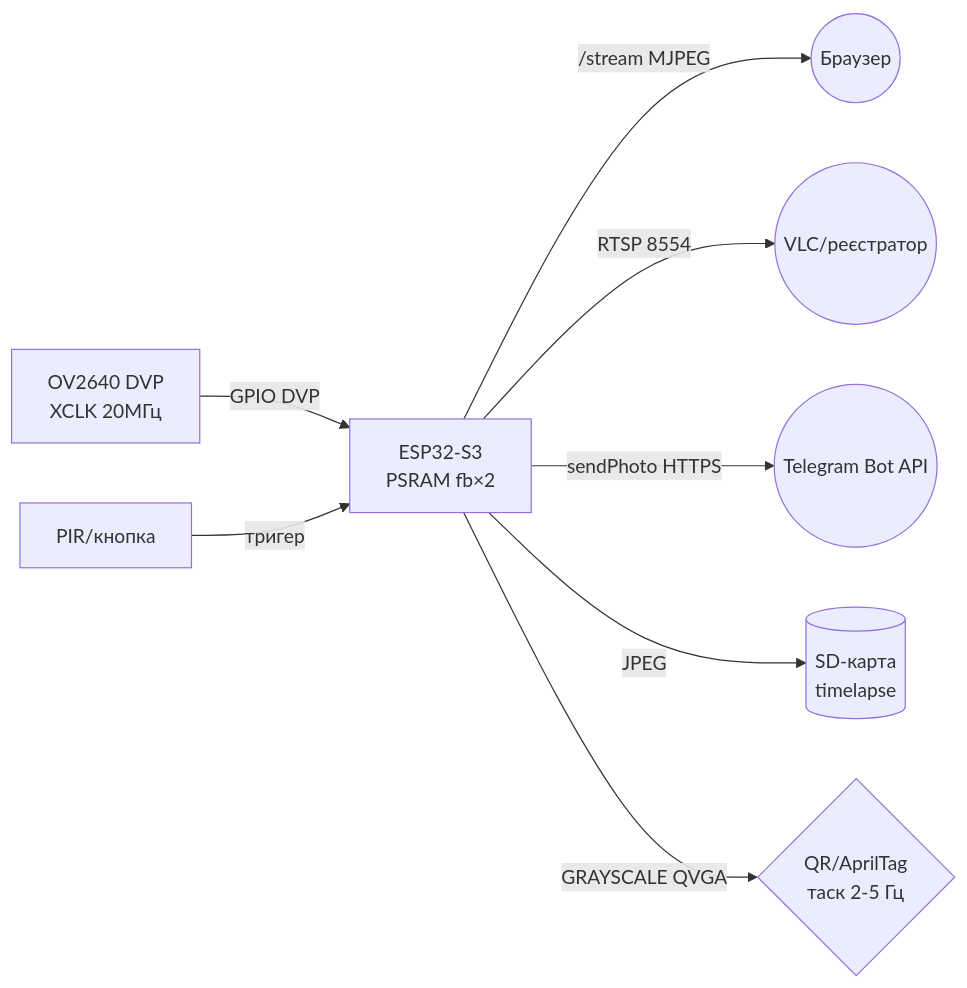
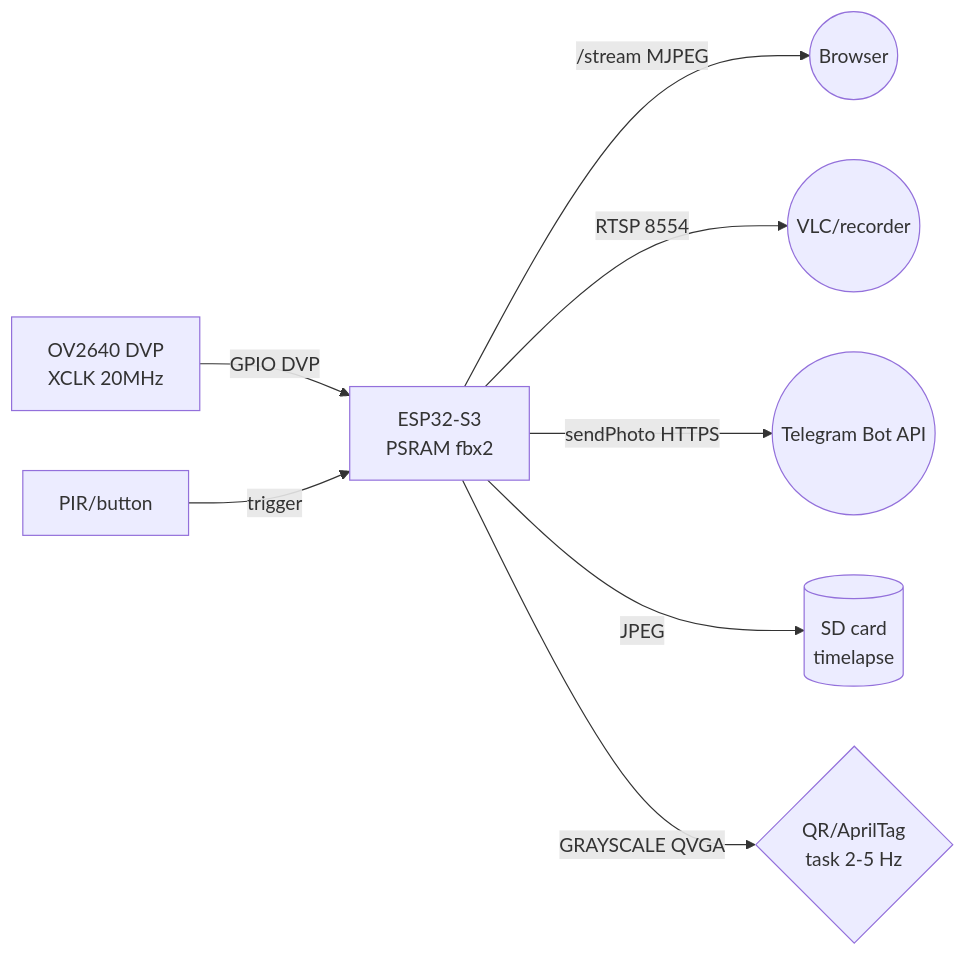
One commit to ksalab/embedded-reference changed the diagram in obsidian_vault/ESP32-Reference/EN/12-Comm-Modules/13-Camera-Streaming.en.md. Above: the diagram before and after it, drawn with Mermaid. The commit also changed other lines of this file and 76 other files, not shown here.

````diff
--- a/obsidian_vault/ESP32-Reference/EN/12-Comm-Modules/13-Camera-Streaming.en.md
+++ b/obsidian_vault/ESP32-Reference/EN/12-Comm-Modules/13-Camera-Streaming.en.md
@@ -175,10 +175,10 @@
 ```mermaid
 graph LR
-    OV[OV2640 DVP<br/>XCLK 20МГц] -->|GPIO DVP| S3[ESP32-S3<br/>PSRAM fb×2]
-    S3 -->|/stream MJPEG| BR((Браузер))
-    S3 -->|RTSP 8554| VLC((VLC/реєстратор))
+    OV[OV2640 DVP<br/>XCLK 20MHz] -->|GPIO DVP| S3[ESP32-S3<br/>PSRAM fbx2]
+    S3 -->|/stream MJPEG| BR((Browser))
+    S3 -->|RTSP 8554| VLC((VLC/recorder))
     S3 -->|sendPhoto HTTPS| TG((Telegram Bot API))
-    S3 -->|JPEG| SD[(SD-карта<br/>timelapse)]
-    PIR[PIR/кнопка] -->|тригер| S3
-    S3 -->|GRAYSCALE QVGA| DET{QR/AprilTag<br/>таск 2-5 Гц}
+    S3 -->|JPEG| SD[(SD card<br/>timelapse)]
+    PIR[PIR/button] -->|trigger| S3
+    S3 -->|GRAYSCALE QVGA| DET{QR/AprilTag<br/>task 2-5 Hz}
 ```
````
